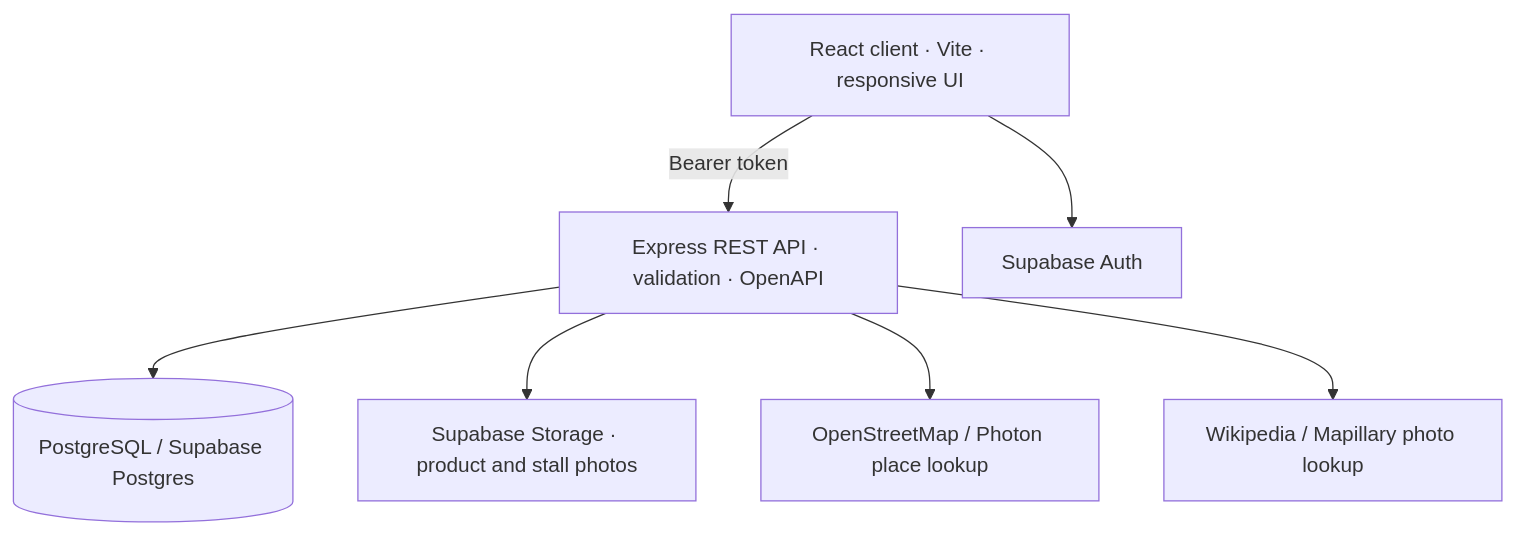
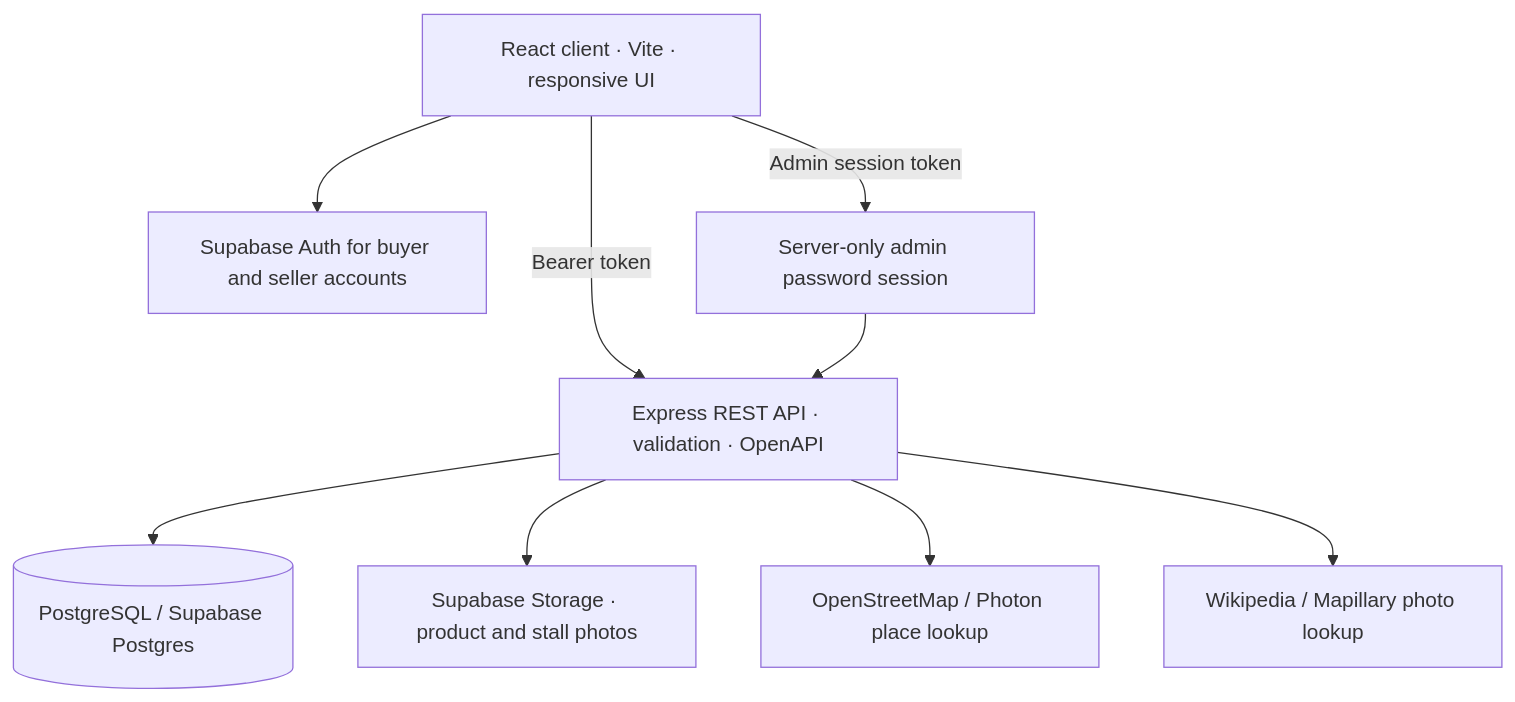
One commit to wilsonwilas123-a11y/MarketLink changed the second of 3 diagrams in docs/project-implementation-notes.md. Above: the diagram before and after it, drawn with Mermaid. The commit also changed other lines of this file and 119 other files, not shown here.

````diff
--- a/docs/project-implementation-notes.md
+++ b/docs/project-implementation-notes.md
@@ -28,16 +28,19 @@
 ```mermaid
 flowchart TB
   Browser[React client · Vite · responsive UI]
   API[Express REST API · validation · OpenAPI]
-  Auth[Supabase Auth]
+  Auth[Supabase Auth for buyer and seller accounts]
+  AdminAuth[Server-only admin password session]
   DB[(PostgreSQL / Supabase Postgres)]
   Storage[Supabase Storage · product and stall photos]
   OSM[OpenStreetMap / Photon place lookup]
   Photo[Wikipedia / Mapillary photo lookup]
   Browser -->|Bearer token| API
   Browser --> Auth
+  Browser -->|Admin session token| AdminAuth
+  AdminAuth --> API
   API --> DB
   API --> Storage
   API --> OSM
   API --> Photo
 ```
````
